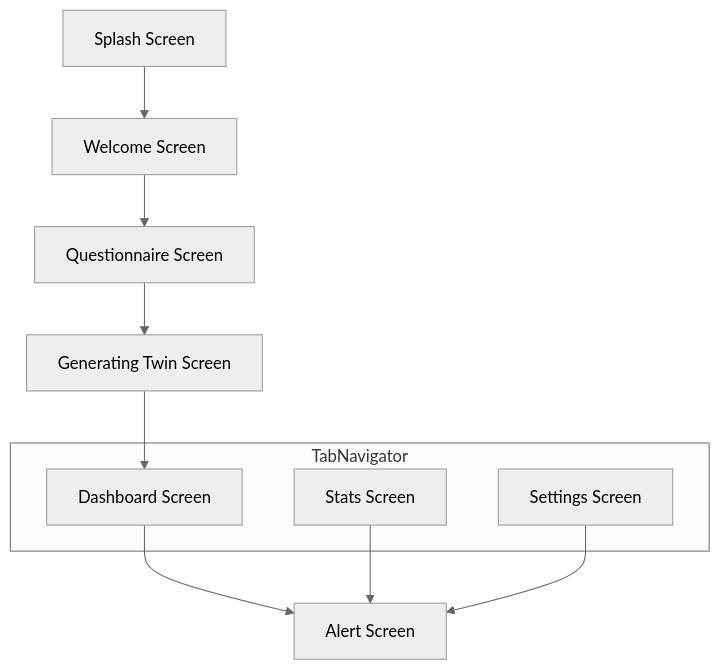
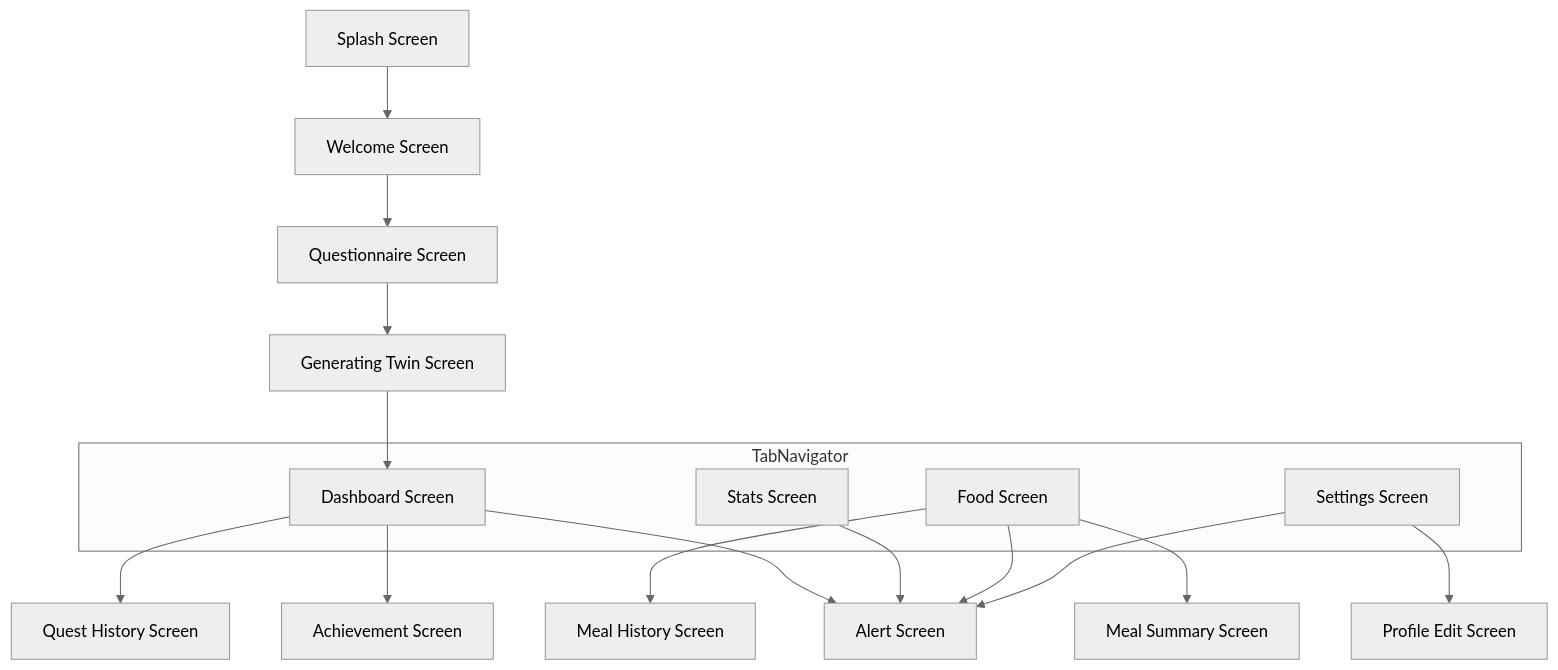
One commit to atan0168/mirrox changed the fourth of 9 diagrams in docs/ARCHITECTURE.md. Above: the diagram before and after it, drawn with Mermaid (neutral theme). The commit also changed other lines of this file and 13 other files, not shown here.

````diff
--- a/docs/ARCHITECTURE.md
+++ b/docs/ARCHITECTURE.md
@@ -148,18 +170,25 @@
 ```mermaid
 graph TD
     A[Splash Screen] --> B[Welcome Screen]
     B --> C[Questionnaire Screen]
     C --> D[Generating Twin Screen]
 
     subgraph "TabNavigator"
         E[Dashboard Screen]
         F[Stats Screen]
-        G[Settings Screen]
+        G[Food Screen]
+        H[Settings Screen]
     end
 
     D --> E
 
-    E --> H[Alert Screen]
-    F --> H
-    G --> H
+    E --> I[Alert Screen]
+    F --> I
+    G --> I
+    H --> I
+    E --> J[Achievement Screen]
+    E --> K[Quest History Screen]
+    G --> L[Meal Summary Screen]
+    G --> M[Meal History Screen]
+    H --> N[Profile Edit Screen]
 ```
````
